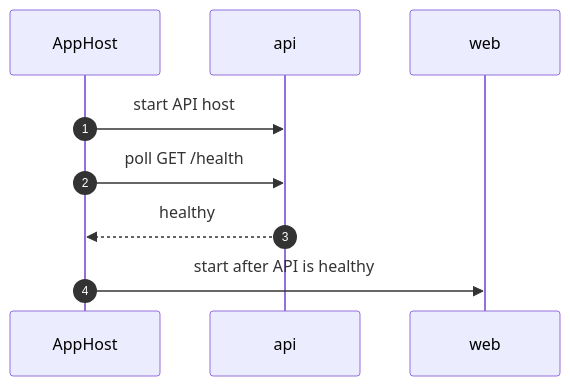
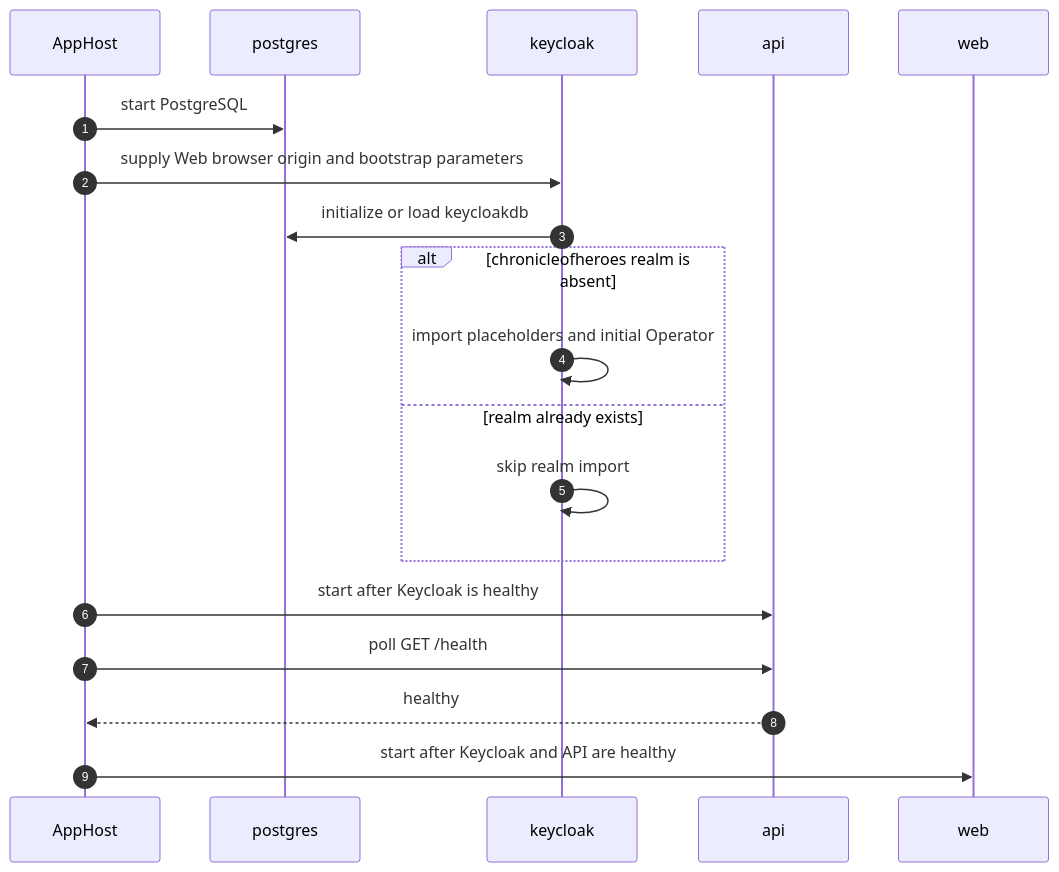
One commit to FlorianAlbert/ChronicleOfHeros changed the diagram in docs/architecture/flows/startup.md. Above: the diagram before and after it, drawn with Mermaid. The commit also changed other lines of this file and 11 other files, not shown here.

First line of the commit message:
Add Keycloak identity with placeholder-based realm import

````diff
--- a/docs/architecture/flows/startup.md
+++ b/docs/architecture/flows/startup.md
@@ -7,11 +7,21 @@
 ```mermaid
 sequenceDiagram
     autonumber
     participant AppHost
+    participant Postgres as postgres
+    participant Keycloak as keycloak
     participant Api as api
     participant Web as web
-    AppHost->>Api: start API host
+    AppHost->>Postgres: start PostgreSQL
+    AppHost->>Keycloak: supply Web browser origin and bootstrap parameters
+    Keycloak->>Postgres: initialize or load keycloakdb
+    alt chronicleofheroes realm is absent
+        Keycloak->>Keycloak: import placeholders and initial Operator
+    else realm already exists
+        Keycloak->>Keycloak: skip realm import
+    end
+    AppHost->>Api: start after Keycloak is healthy
     AppHost->>Api: poll GET /health
     Api-->>AppHost: healthy
-    AppHost->>Web: start after API is healthy
+    AppHost->>Web: start after Keycloak and API are healthy
 ```
````
